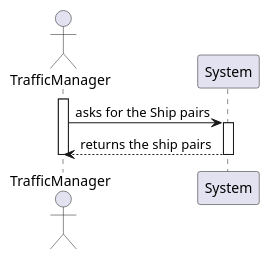
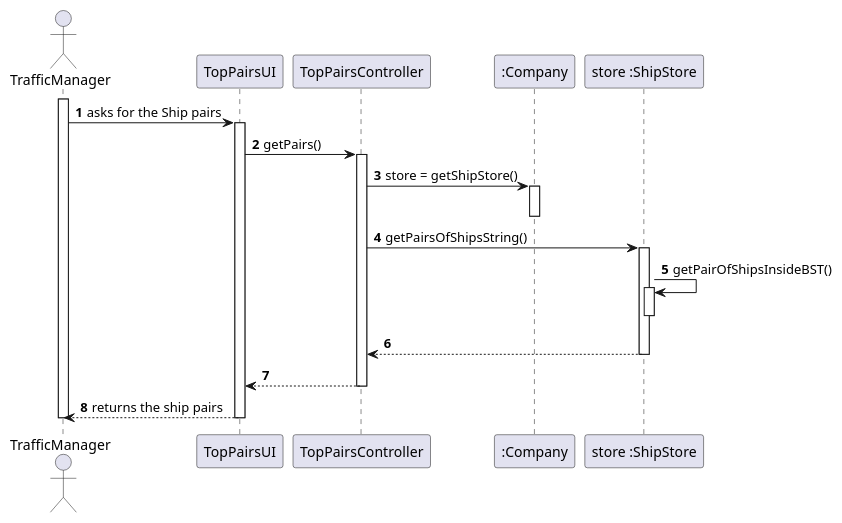
Before and after one commit to MarianaCLages/LAPR3: the diagram in Docs/Sprint A/US107/US107_SD.puml, drawn with PlantUML. The commit also changed 1 other file, not shown here.

```diff
--- a/Docs/Sprint A/US107/US107_SD.puml
+++ b/Docs/Sprint A/US107/US107_SD.puml
@@ -1,14 +1,34 @@
 @startuml
+'https://plantuml.com/sequence-diagram
+
+autonumber
+
 actor TrafficManager
-participant System
+participant TopPairsUI as UI
+participant TopPairsController as Controller
+participant ":Company" as Company
+participant "store :ShipStore" as Store
 
 activate TrafficManager
-TrafficManager -> System: asks for the Ship pairs
-activate System
-System --> TrafficManager: returns the ship pairs
-deactivate System
+TrafficManager -> UI: asks for the Ship pairs
+activate UI
+UI -> Controller: getPairs()
+activate Controller
+Controller -> Company: store = getShipStore()
+activate Company
+deactivate
+Controller -> Store: getPairsOfShipsString()
+activate Store
+Store -> Store: getPairOfShipsInsideBST()
+activate Store
+deactivate Store
+return
+return
+
+UI --> TrafficManager: returns the ship pairs
+deactivate UI
 
 
 
 deactivate TrafficManager
 @enduml
```
